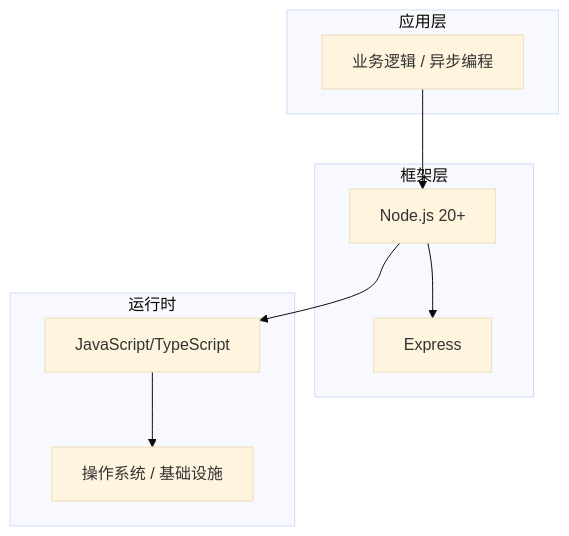
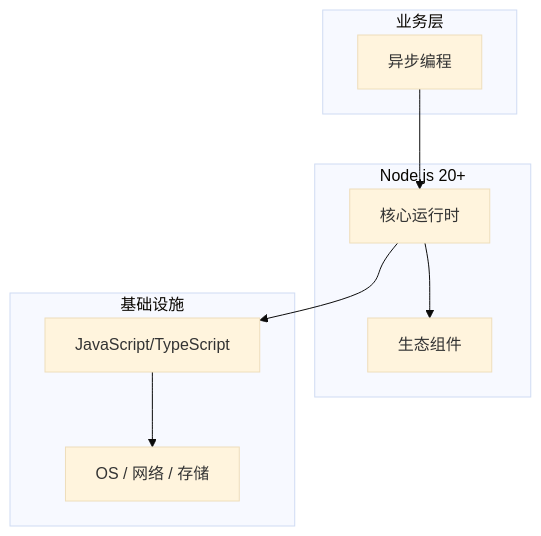
Before and after one commit to yanggan2015/knowledge-json-v2: the diagram in articles/Node.js/chapters/093-异步编程核心概念与原理.md, drawn with Mermaid (base theme). The commit also changed other lines of this file and 10127 other files, not shown here.

````diff
--- a/articles/Node.js/chapters/093-异步编程核心概念与原理.md
+++ b/articles/Node.js/chapters/093-异步编程核心概念与原理.md
@@ -45,18 +34,18 @@
 ```mermaid
 graph TB
-    subgraph 应用层
-        A[业务逻辑 / 异步编程]
+    subgraph 业务层
+        A[异步编程]
     end
-    subgraph 框架层
-        B[Node.js 20+]
-        C[Express]
+    subgraph Node.js 20+
+        B[核心运行时]
+        C[生态组件]
     end
-    subgraph 运行时
+    subgraph 基础设施
         D[JavaScript/TypeScript]
-        E[操作系统 / 基础设施]
+        E[OS / 网络 / 存储]
     end
     A --> B
     B --> C
     B --> D
     D --> E
 ```
````
